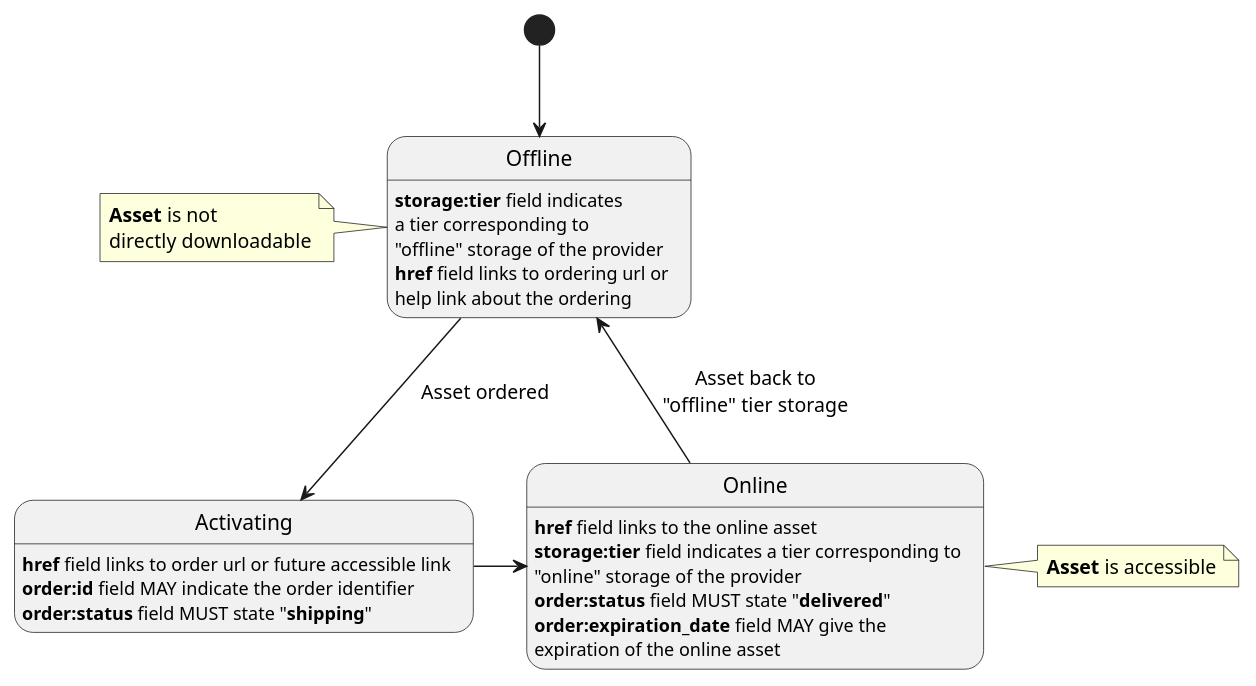
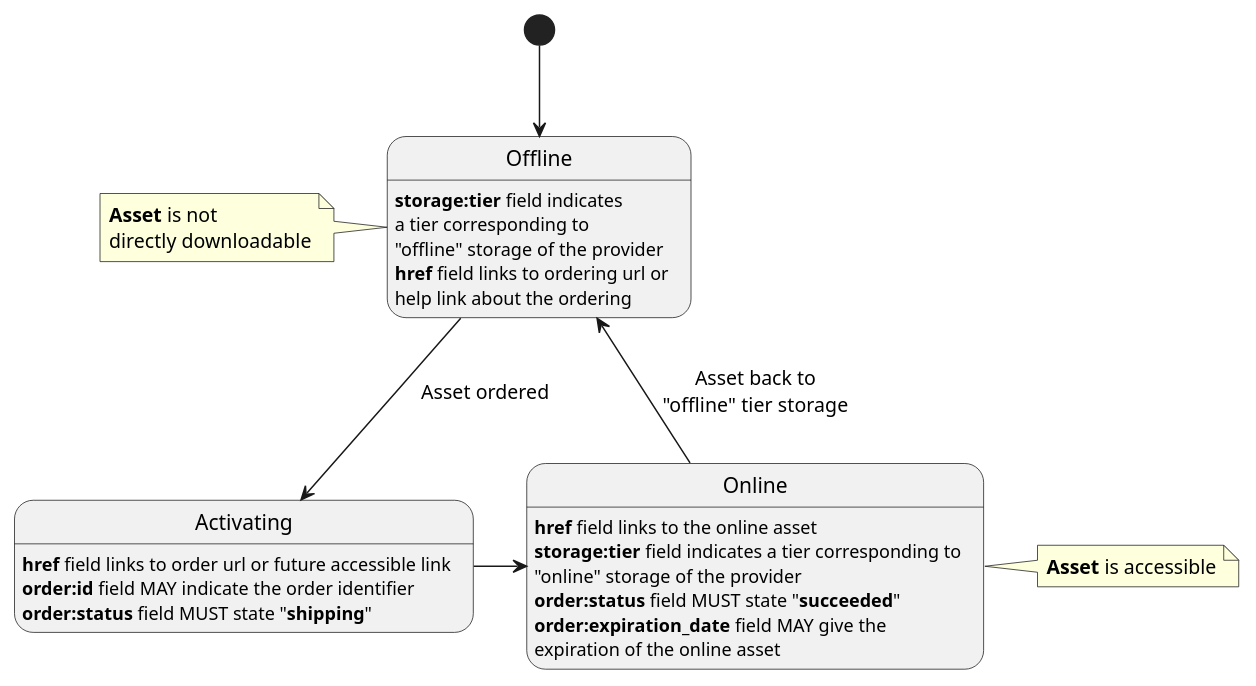
Before and after one commit to stac-extensions/order: the diagram in diagrams/activate-offline.puml, drawn with PlantUML. The commit also changed 4 other files, not shown here.

Commit message:
updated diagrams

```diff
--- a/diagrams/activate-offline.puml
+++ b/diagrams/activate-offline.puml
@@ -1,23 +1,23 @@
 @startuml
 
 [*] --> Offline
 Offline --> Activating : Asset ordered
 note left of Offline : **Asset** is not\ndirectly downloadable
 Offline : **storage:tier** field indicates\na tier corresponding to\n"offline" storage of the provider
 Offline : **href** field links to ordering url or\nhelp link about the ordering
 
 Activating -> Online
 Activating : **href** field links to order url or future accessible link
 Activating : **order:id** field MAY indicate the order identifier
 Activating : **order:status** field MUST state "**shipping**"
 
 
 note right of Online : **Asset** is accessible
 
 Online -> Offline : Asset back to\n"offline" tier storage
 Online : **href** field links to the online asset
 Online : **storage:tier** field indicates a tier corresponding to\n"online" storage of the provider
-Online : **order:status** field MUST state "**delivered**"
+Online : **order:status** field MUST state "**succeeded**"
 Online : **order:expiration_date** field MAY give the\nexpiration of the online asset
 
 @enduml
```
